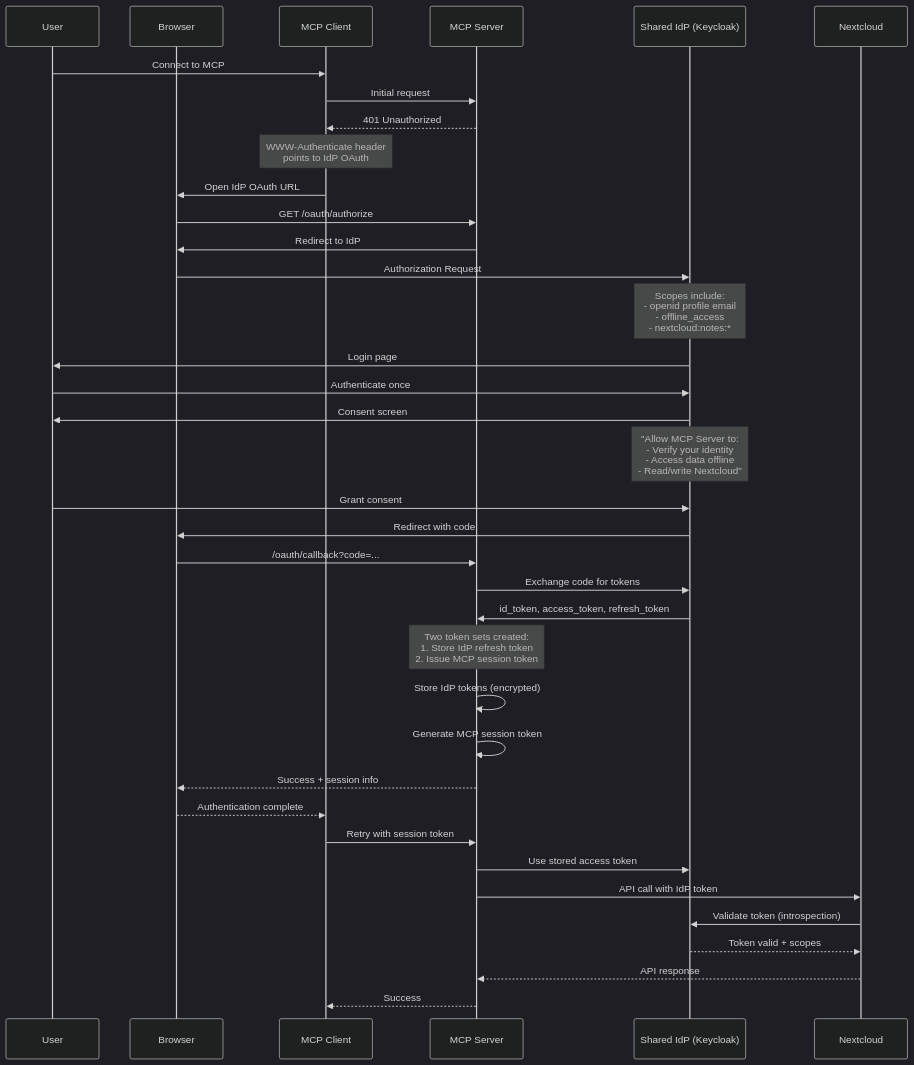
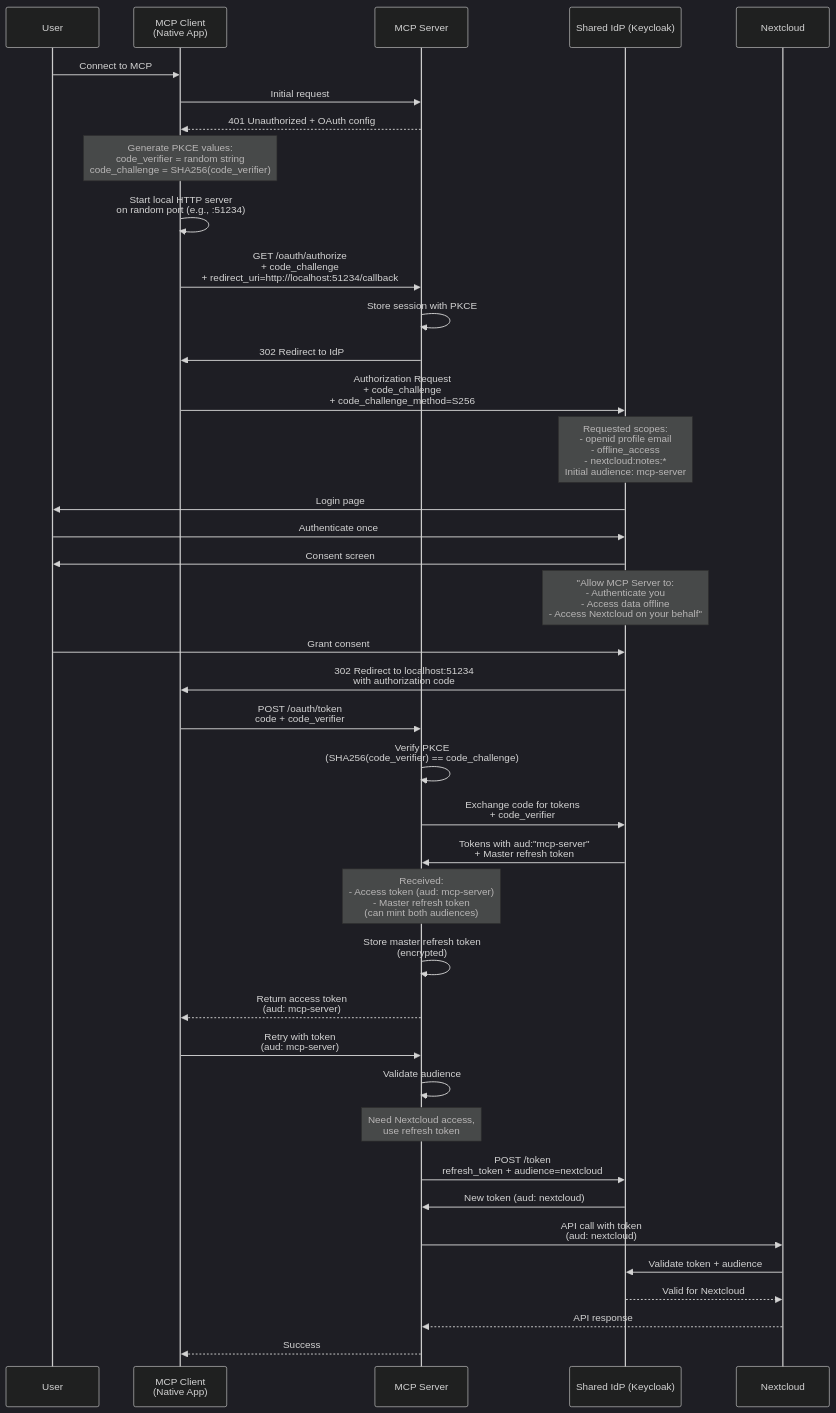
Before and after one commit to cbcoutinho/nextcloud-mcp-server: the first of 3 diagrams in docs/ADR-004-mcp-application-oauth.md, drawn with Mermaid (dark theme). The commit also changed other lines of this file, not shown here.

First line of the commit message:
docs: Correct ADR-004 to Token Broker Architecture with strict audience isolation

````diff
--- a/docs/ADR-004-mcp-application-oauth.md
+++ b/docs/ADR-004-mcp-application-oauth.md
@@ -70,51 +116,59 @@
 ```mermaid
 sequenceDiagram
     participant User
-    participant Browser
-    participant MCPClient as MCP Client
+    participant MCPClient as MCP Client<br/>(Native App)
     participant MCPServer as MCP Server
     participant IdP as Shared IdP (Keycloak)
     participant Nextcloud
 
     User->>MCPClient: Connect to MCP
     MCPClient->>MCPServer: Initial request
-    MCPServer-->>MCPClient: 401 Unauthorized
+    MCPServer-->>MCPClient: 401 Unauthorized + OAuth config
 
-    Note over MCPClient: WWW-Authenticate header<br/>points to IdP OAuth
+    Note over MCPClient: Generate PKCE values:<br/>code_verifier = random string<br/>code_challenge = SHA256(code_verifier)
 
-    MCPClient->>Browser: Open IdP OAuth URL
-    Browser->>MCPServer: GET /oauth/authorize
-    MCPServer->>Browser: Redirect to IdP
+    MCPClient->>MCPClient: Start local HTTP server<br/>on random port (e.g., :51234)
 
-    Browser->>IdP: Authorization Request
-    Note over IdP: Scopes include:<br/>- openid profile email<br/>- offline_access<br/>- nextcloud:notes:*
+    MCPClient->>MCPServer: GET /oauth/authorize<br/>+ code_challenge<br/>+ redirect_uri=http://localhost:51234/callback
+
+    MCPServer->>MCPServer: Store session with PKCE
+    MCPServer->>MCPClient: 302 Redirect to IdP
+
+    MCPClient->>IdP: Authorization Request<br/>+ code_challenge<br/>+ code_challenge_method=S256
+    Note over IdP: Requested scopes:<br/>- openid profile email<br/>- offline_access<br/>- nextcloud:notes:*<br/>Initial audience: mcp-server
 
     IdP->>User: Login page
     User->>IdP: Authenticate once
 
     IdP->>User: Consent screen
-    Note over IdP: "Allow MCP Server to:<br/>- Verify your identity<br/>- Access data offline<br/>- Read/write Nextcloud"
+    Note over IdP: "Allow MCP Server to:<br/>- Authenticate you<br/>- Access data offline<br/>- Access Nextcloud on your behalf"
 
     User->>IdP: Grant consent
-    IdP->>Browser: Redirect with code
-    Browser->>MCPServer: /oauth/callback?code=...
+    IdP->>MCPClient: 302 Redirect to localhost:51234<br/>with authorization code
 
-    MCPServer->>IdP: Exchange code for tokens
-    IdP->>MCPServer: id_token, access_token, refresh_token
+    MCPClient->>MCPServer: POST /oauth/token<br/>code + code_verifier
 
-    Note over MCPServer: Two token sets created:<br/>1. Store IdP refresh token<br/>2. Issue MCP session token
+    MCPServer->>MCPServer: Verify PKCE<br/>(SHA256(code_verifier) == code_challenge)
 
-    MCPServer->>MCPServer: Store IdP tokens (encrypted)
-    MCPServer->>MCPServer: Generate MCP session token
-    MCPServer-->>Browser: Success + session info
+    MCPServer->>IdP: Exchange code for tokens<br/>+ code_verifier
+    IdP->>MCPServer: Tokens with aud:"mcp-server"<br/>+ Master refresh token
 
-    Browser-->>MCPClient: Authentication complete
-    MCPClient->>MCPServer: Retry with session token
+    Note over MCPServer: Received:<br/>- Access token (aud: mcp-server)<br/>- Master refresh token<br/>(can mint both audiences)
 
-    MCPServer->>IdP: Use stored access token
-    MCPServer->>Nextcloud: API call with IdP token
-    Nextcloud->>IdP: Validate token (introspection)
-    IdP-->>Nextcloud: Token valid + scopes
+    MCPServer->>MCPServer: Store master refresh token<br/>(encrypted)
+    MCPServer-->>MCPClient: Return access token<br/>(aud: mcp-server)
+
+    MCPClient->>MCPServer: Retry with token<br/>(aud: mcp-server)
+    MCPServer->>MCPServer: Validate audience
+
+    Note over MCPServer: Need Nextcloud access,<br/>use refresh token
+
+    MCPServer->>IdP: POST /token<br/>refresh_token + audience=nextcloud
+    IdP->>MCPServer: New token (aud: nextcloud)
+
+    MCPServer->>Nextcloud: API call with token<br/>(aud: nextcloud)
+    Nextcloud->>IdP: Validate token + audience
+    IdP-->>Nextcloud: Valid for Nextcloud
     Nextcloud-->>MCPServer: API response
     MCPServer-->>MCPClient: Success
 ```
````
